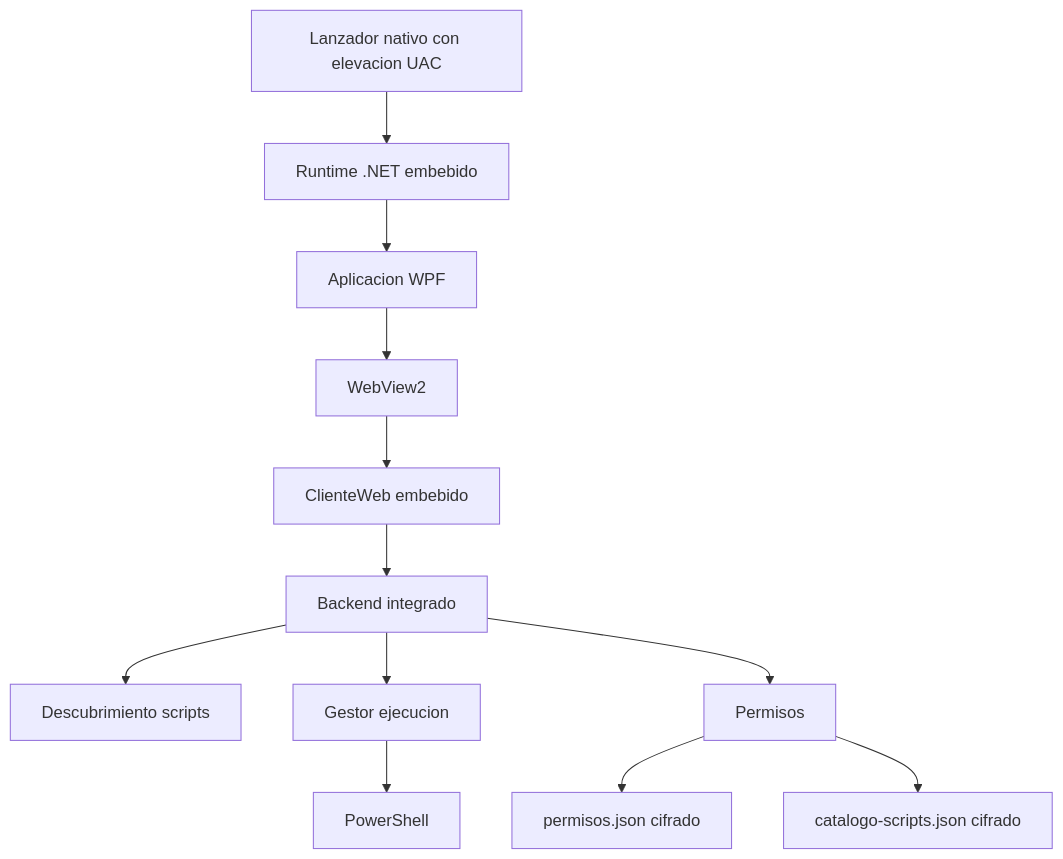
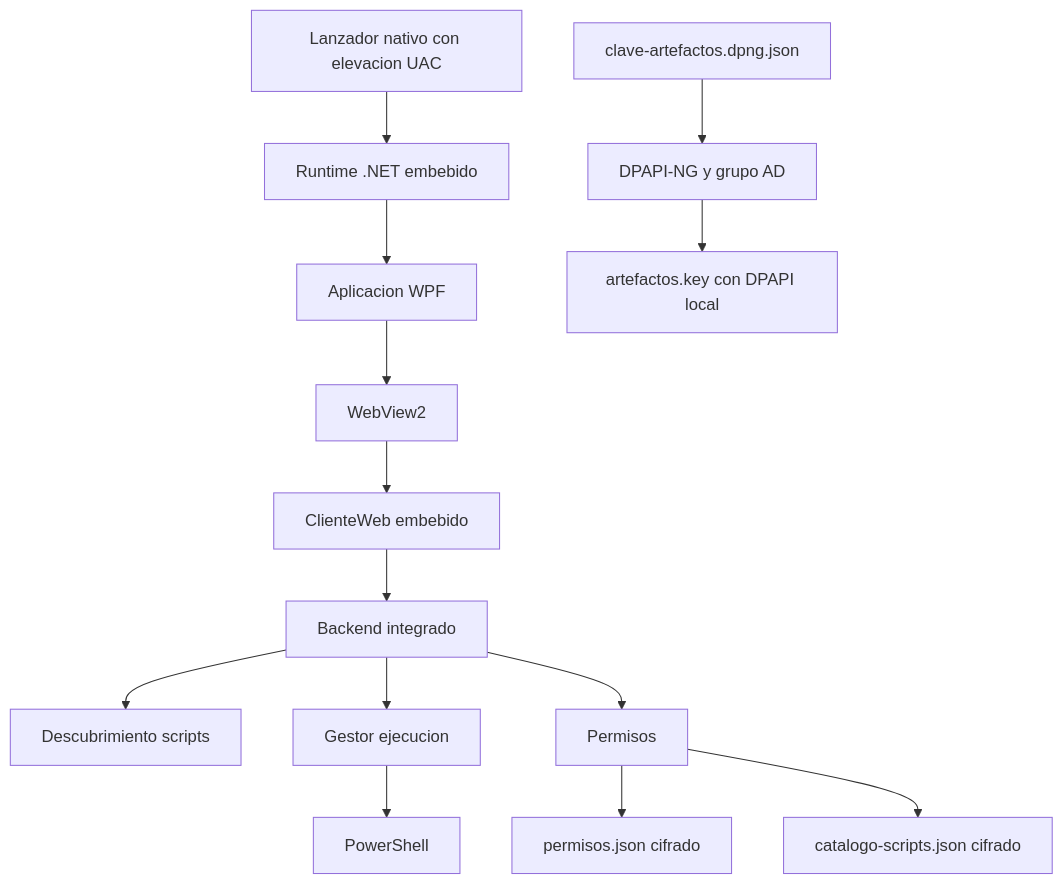
The diagram in README.md (Eliminator-CRAK/Lanzador-de-scrips), drawn with Mermaid before and after one commit. The commit also changed other lines of this file and 12 other files, not shown here.

Commit message:
feat: automatizar aprovisionamiento de clave con DPAPI-NG

````diff
--- a/README.md
+++ b/README.md
@@ -15,14 +15,16 @@
 ```mermaid
 flowchart TD
     A[Lanzador nativo con elevacion UAC] --> B[Runtime .NET embebido]
     B --> C[Aplicacion WPF]
     C --> D[WebView2]
     D --> E[ClienteWeb embebido]
     E --> F[Backend integrado]
     F --> G[Descubrimiento scripts]
     F --> H[Gestor ejecucion]
     F --> I[Permisos]
     H --> J[PowerShell]
     I --> K[permisos.json cifrado]
     I --> L[catalogo-scripts.json cifrado]
+    M[clave-artefactos.dpng.json] --> N[DPAPI-NG y grupo AD]
+    N --> O[artefactos.key con DPAPI local]
 ```
````
